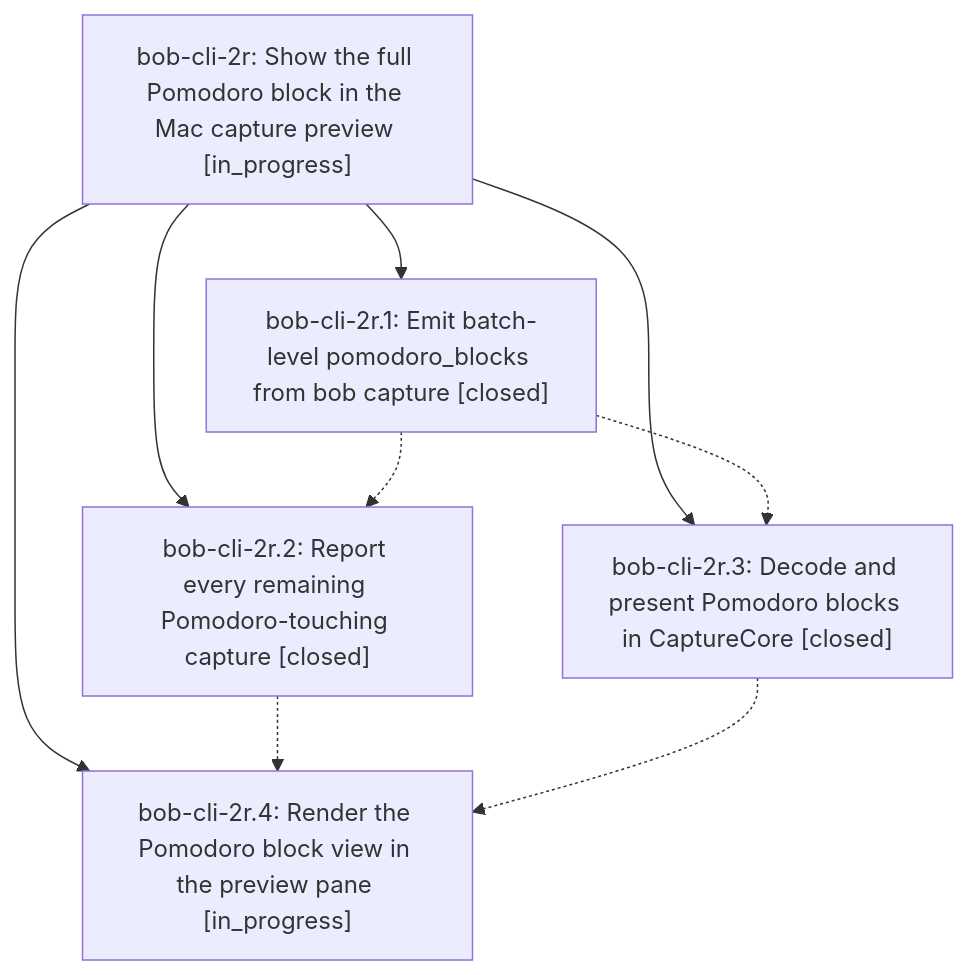
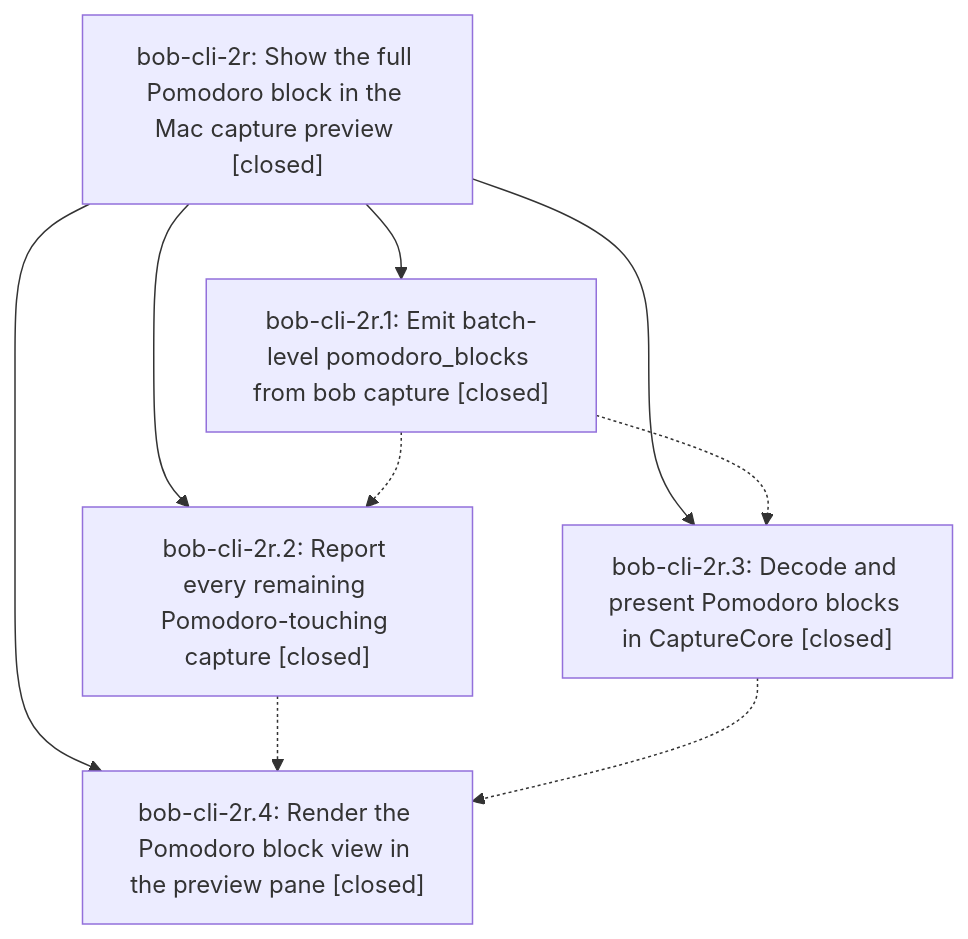
One commit to bobs-org/bob-cli--beads changed the diagram in pages/bob-cli-2r/README.md. Above: the diagram before and after it, drawn with Mermaid. The commit also changed other lines of this file and 3 other files, not shown here.

First line of the commit message:
chore(beads): sync bead state and pages for bob-cli-2r

````diff
--- a/pages/bob-cli-2r/README.md
+++ b/pages/bob-cli-2r/README.md
@@ -25,16 +41,16 @@
 ```mermaid
 flowchart TD
-    n0["bob-cli-2r: Show the full Pomodoro block in the Mac capture preview [in_progress]"]
+    n0["bob-cli-2r: Show the full Pomodoro block in the Mac capture preview [closed]"]
     n1["bob-cli-2r.1: Emit batch-level pomodoro_blocks from bob capture [closed]"]
     n2["bob-cli-2r.2: Report every remaining Pomodoro-touching capture [closed]"]
     n3["bob-cli-2r.3: Decode and present Pomodoro blocks in CaptureCore [closed]"]
-    n4["bob-cli-2r.4: Render the Pomodoro block view in the preview pane [in_progress]"]
+    n4["bob-cli-2r.4: Render the Pomodoro block view in the preview pane [closed]"]
     n0 --> n1
     n0 --> n2
     n0 --> n3
     n0 --> n4
     n1 -.-> n2
     n1 -.-> n3
     n2 -.-> n4
     n3 -.-> n4
 ```
````
